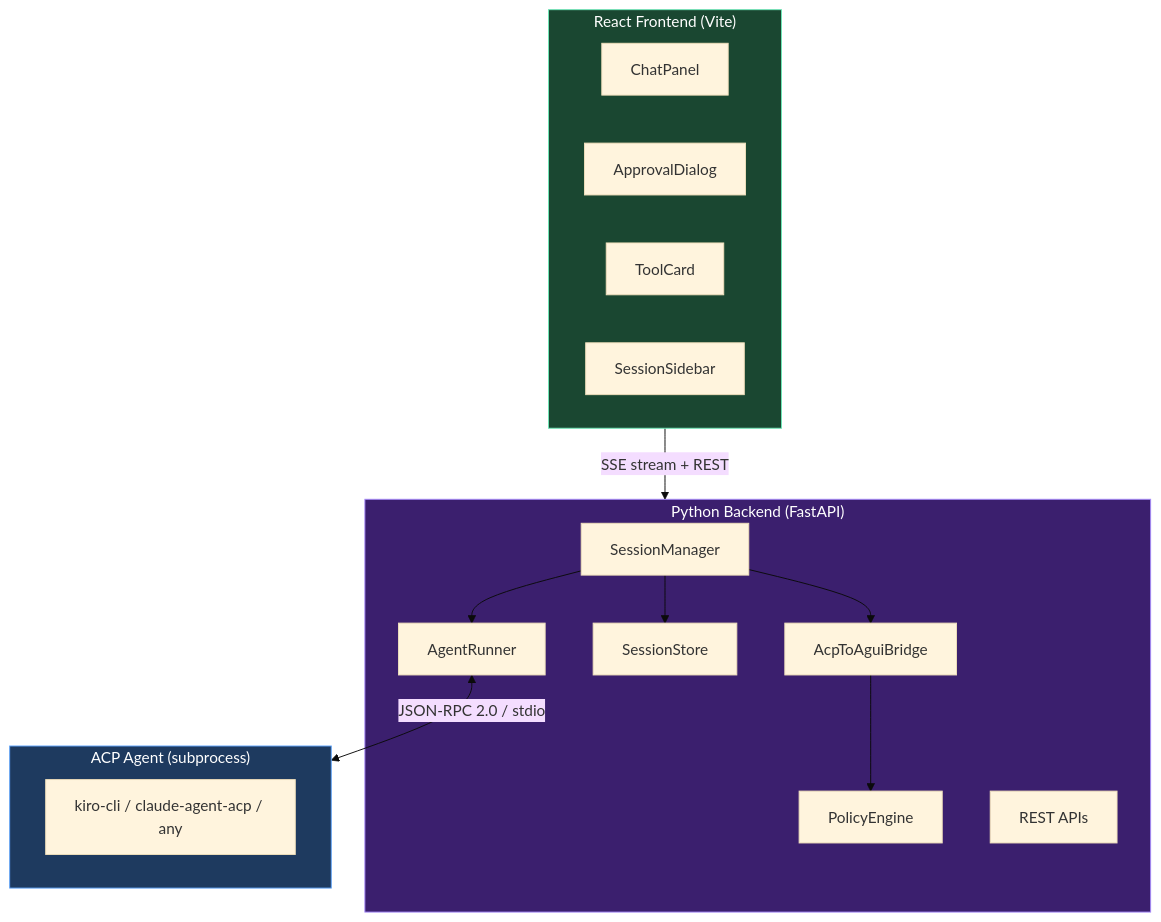
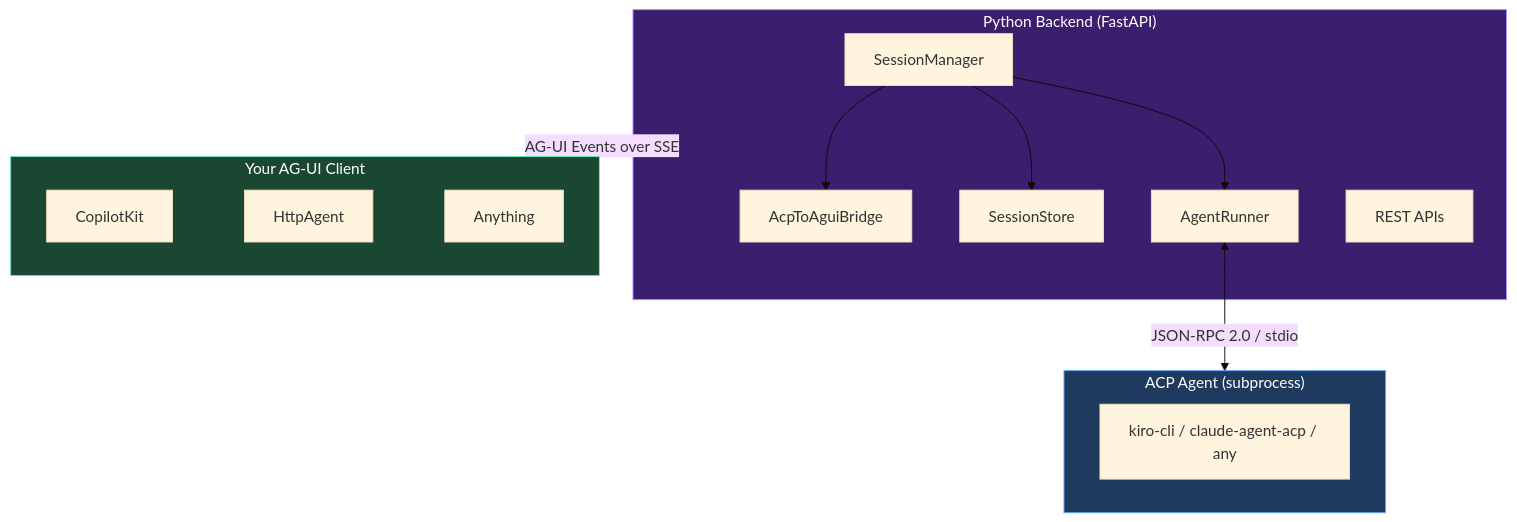
Before and after one commit to sparkprime/agui-on-acp: the second of 2 diagrams in README.md, drawn with Mermaid (base theme). The commit also changed other lines of this file and 83 other files, not shown here.

````diff
--- a/README.md
+++ b/README.md
@@ -175,35 +156,29 @@
 ```mermaid
 graph TB
-    subgraph frontend["React Frontend (Vite)"]
-        direction LR
-        CP["ChatPanel"]
-        AD["ApprovalDialog"]
-        TC["ToolCard"]
-        SS["SessionSidebar"]
-    end
-
-    frontend -->|"SSE stream + REST"| backend
-
     subgraph backend["Python Backend (FastAPI)"]
         SM["SessionManager"]
         BR["AcpToAguiBridge"]
         ST["SessionStore"]
         AR["AgentRunner"]
-        PE["PolicyEngine"]
         API["REST APIs"]
         SM --> AR
         SM --> BR
         SM --> ST
-        BR --> PE
     end
 
     AR <-->|"JSON-RPC 2.0 / stdio"| agent
 
     subgraph agent["ACP Agent (subprocess)"]
         AG["kiro-cli / claude-agent-acp / any"]
     end
 
-    style frontend fill:#1a4731,stroke:#6ee7b7,color:#fff
+    backend -->|"AG-UI Events over SSE"| client
+
+    subgraph client["Your AG-UI Client"]
+        C1["CopilotKit"] ~~~ C2["HttpAgent"] ~~~ C3["Anything"]
+    end
+
     style backend fill:#3b1f6e,stroke:#a78bfa,color:#fff
     style agent fill:#1e3a5f,stroke:#60a5fa,color:#fff
+    style client fill:#1a4731,stroke:#6ee7b7,color:#fff
 ```
````
